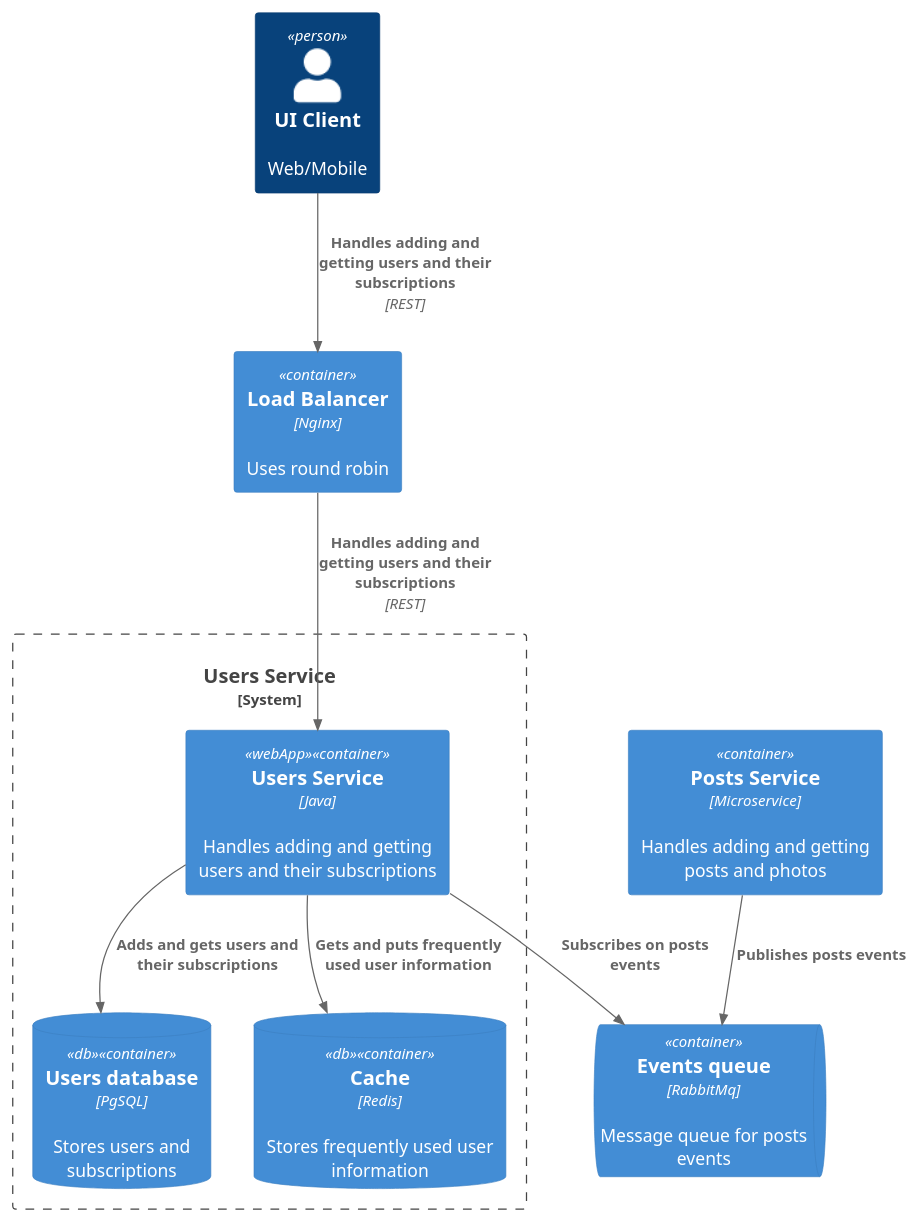
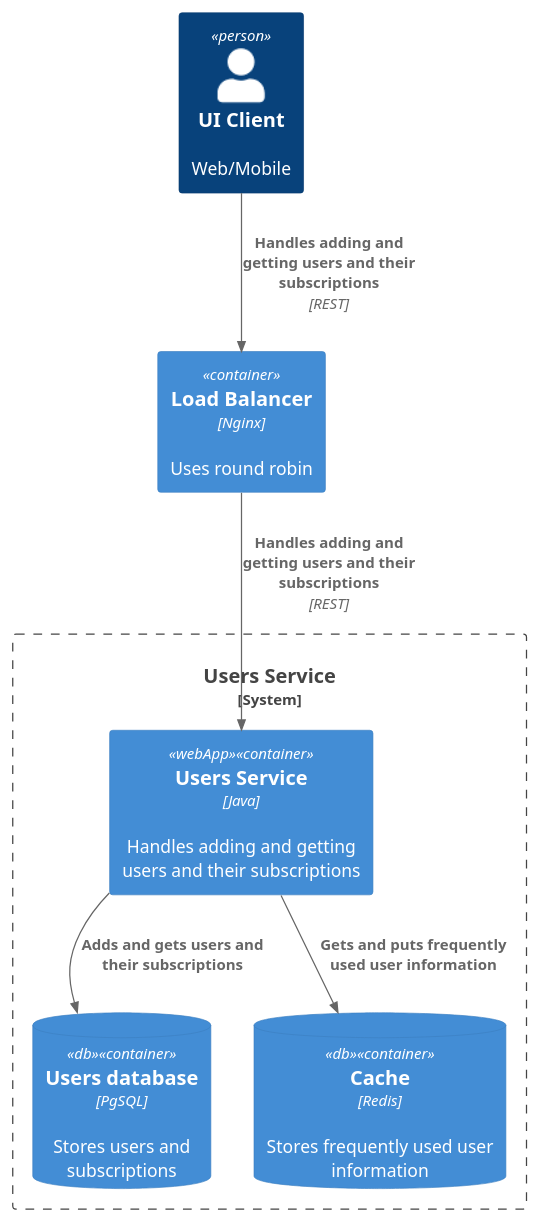
The diagram in architecture/containers/users.puml (ebogomolnaya/social_network_system_design), drawn with PlantUML before and after one commit. The commit also changed 5 other files, not shown here.

Commit message:
[SD-5] правки в схеме

```diff
--- a/architecture/containers/users.puml
+++ b/architecture/containers/users.puml
@@ -1,23 +1,18 @@
 @startuml
 !include https://raw.githubusercontent.com/plantuml-stdlib/C4-PlantUML/master/C4_Container.puml
 
 Person(client, "UI Client", "Web/Mobile")
 Container(loadBalancer, "Load Balancer", "Nginx", "Uses round robin")
-Container(postsService, "Posts Service", "Microservice", "Handles adding and getting posts and photos")
-ContainerQueue(messageQueue, "Events queue", "RabbitMq", "Message queue for posts events")
 
 System_Boundary(usersSystem, "Users Service") {
     Container(usersService, "Users Service", "Java", "Handles adding and getting users and their subscriptions", $tags="webApp")
     ContainerDb(usersDatabase, "Users database", "PgSQL", "Stores users and subscriptions",  $tags="db")
     ContainerDb(usersCache, "Cache", "Redis", "Stores frequently used user information",  $tags="db")
 }
 
 Rel(client, loadBalancer, "Handles adding and getting users and their subscriptions", "REST")
 Rel(loadBalancer, usersService, "Handles adding and getting users and their subscriptions", "REST")
 
 Rel(usersService, usersDatabase, "Adds and gets users and their subscriptions")
 Rel(usersService, usersCache, "Gets and puts frequently used user information")
-
-Rel(postsService, messageQueue, "Publishes posts events")
-Rel(usersService, messageQueue, "Subscribes on posts events")
 @enduml
```
